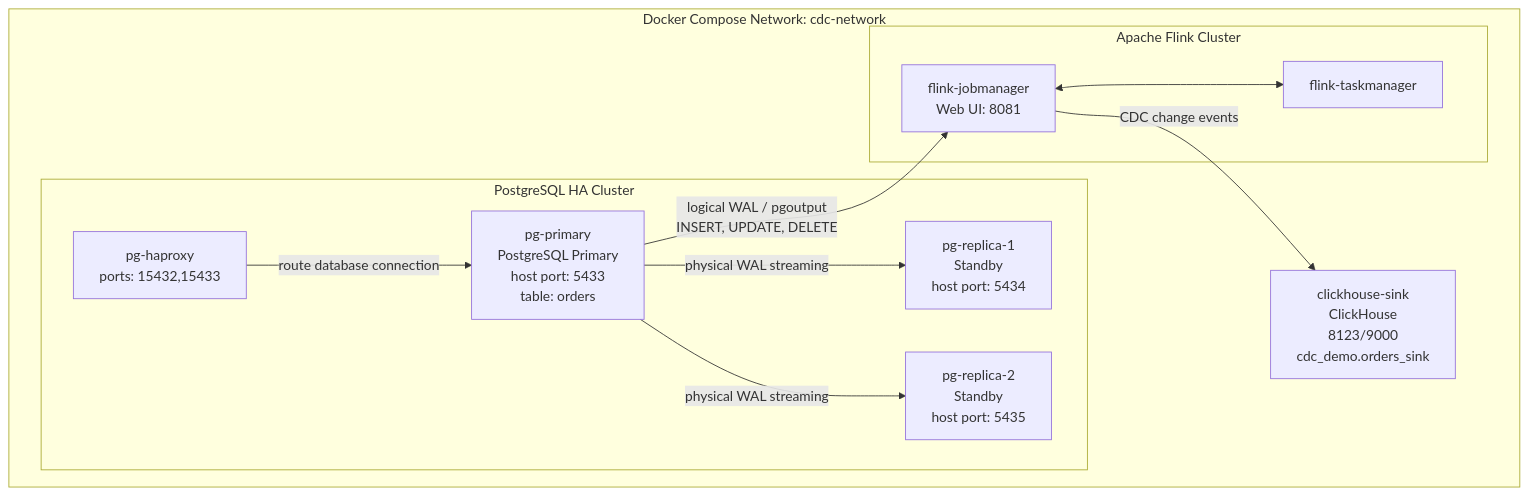
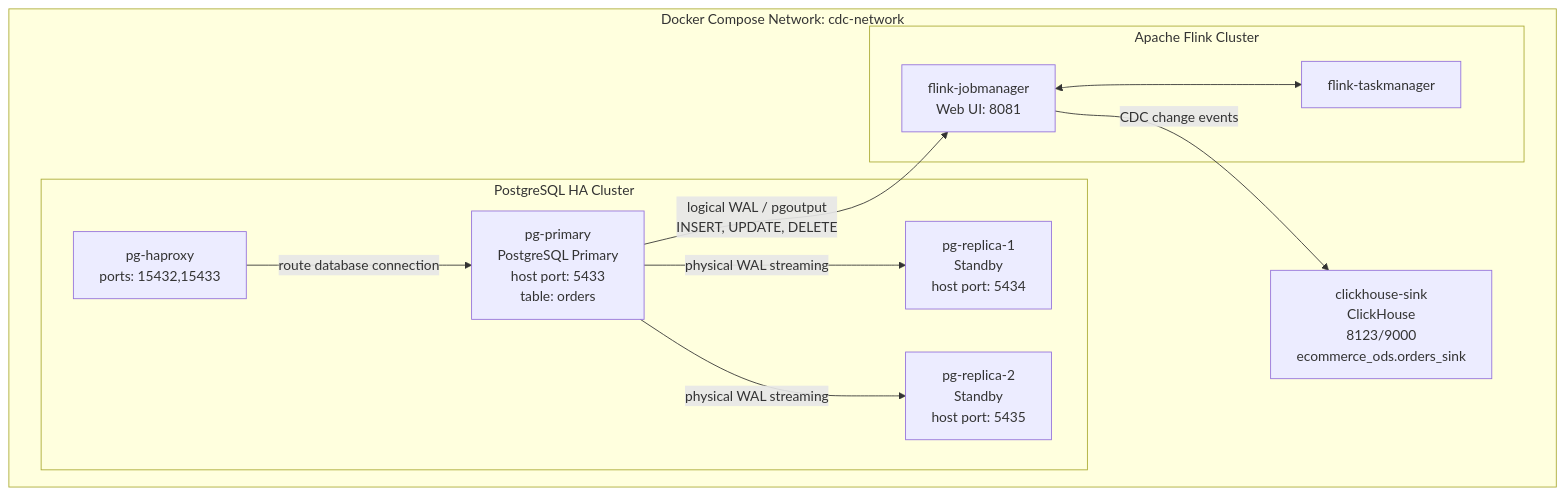
One commit to thuclh245/cdc-project changed the diagram in docs/plan/04_ARCHITECTURE.md. Above: the diagram before and after it, drawn with Mermaid. The commit also changed 22 other files, not shown here.

Commit message:
Move on production-like and setup ecommerce _ods

````diff
--- a/docs/plan/04_ARCHITECTURE.md
+++ b/docs/plan/04_ARCHITECTURE.md
@@ -21,22 +21,22 @@
 ```mermaid
 flowchart TB
     subgraph NET["Docker Compose Network: cdc-network"]
         subgraph PGHA["PostgreSQL HA Cluster"]
             H["pg-haproxy<br/>ports: 15432,15433"]
             P["pg-primary<br/>PostgreSQL Primary<br/>host port: 5433<br/>table: orders"]
             R1["pg-replica-1<br/>Standby<br/>host port: 5434"]
             R2["pg-replica-2<br/>Standby<br/>host port: 5435"]
             H -->|route database connection| P
             P -->|physical WAL streaming| R1
             P -->|physical WAL streaming| R2
         end
         subgraph FLINK["Apache Flink Cluster"]
             JM["flink-jobmanager<br/>Web UI: 8081"]
             TM["flink-taskmanager"]
             JM <--> TM
         end
-        CH["clickhouse-sink<br/>ClickHouse<br/>8123/9000<br/>cdc_demo.orders_sink"]
+        CH["clickhouse-sink<br/>ClickHouse<br/>8123/9000<br/>ecommerce_ods.orders_sink"]
         P -->|logical WAL / pgoutput<br/>INSERT, UPDATE, DELETE| JM
         JM -->|CDC change events| CH
     end
 ```
````
